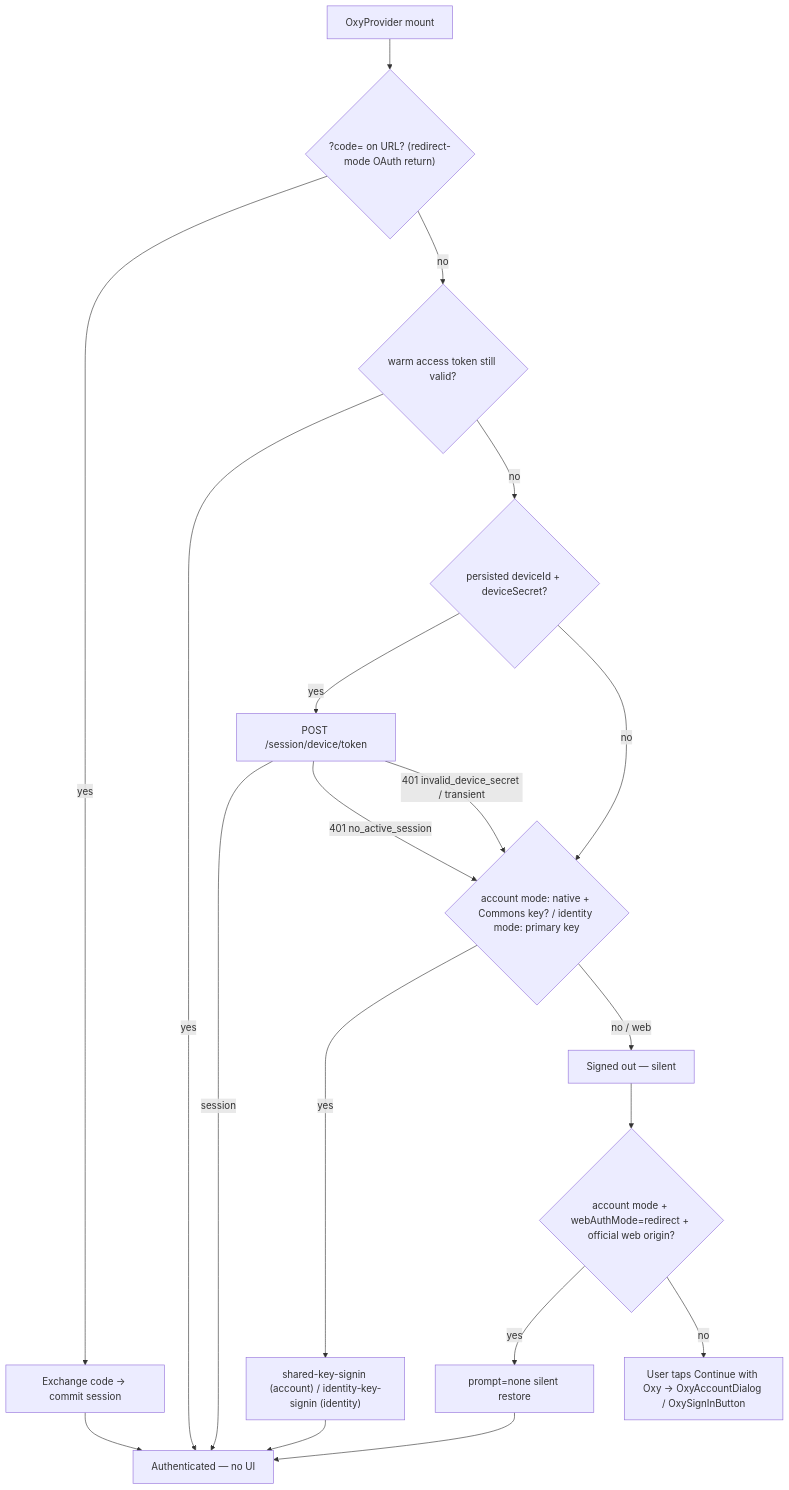
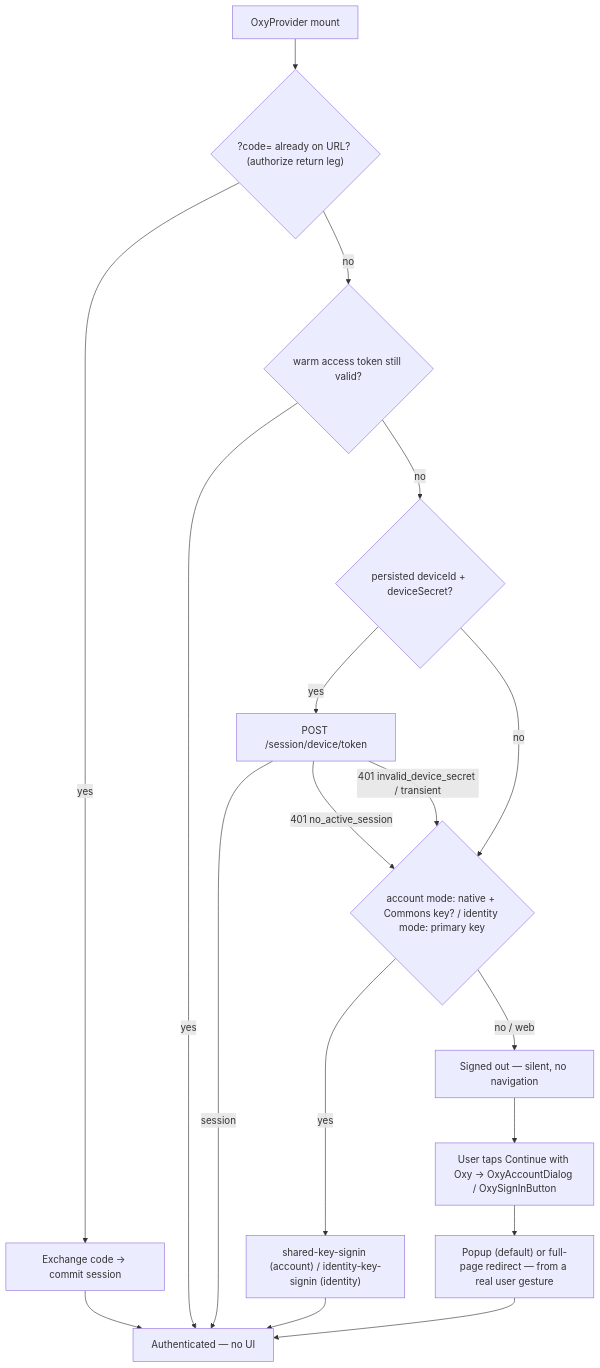
The first of 2 diagrams in docs/SESSION-ARCHITECTURE.md (OxyHQ/OxyHQServices), drawn with Mermaid before and after one commit. The commit also changed other lines of this file and 46 other files, not shown here.

````diff
--- a/docs/SESSION-ARCHITECTURE.md
+++ b/docs/SESSION-ARCHITECTURE.md
@@ -172,19 +184,19 @@
 ```mermaid
 flowchart TD
-  Mount["OxyProvider mount"] --> Return{"?code= on URL? (redirect-mode OAuth return)"}
+  Mount["OxyProvider mount"] --> Return{"?code= already on URL? (authorize return leg)"}
   Return -->|yes| Exchange["Exchange code -> commit session"] --> In["Authenticated — no UI"]
   Return -->|no| Warm{"warm access token still valid?"}
   Warm -->|yes| In
   Warm -->|no| Secret{"persisted deviceId + deviceSecret?"}
   Secret -->|yes| Mint["POST /session/device/token"]
   Mint -->|session| In
   Mint -->|"401 no_active_session"| Native
   Mint -->|"401 invalid_device_secret / transient"| Native
   Secret -->|no| Native{"account mode: native + Commons key? / identity mode: primary key"}
   Native -->|yes| Shared["shared-key-signin (account) / identity-key-signin (identity)"]
   Shared --> In
-  Native -->|"no / web"| Out["Signed out — silent"]
-  Out --> Popup{"account mode + webAuthMode=redirect + official web origin?"}
-  Popup -->|yes| Silent["prompt=none silent restore"] --> In
-  Popup -->|no| Btn["User taps Continue with Oxy -> OxyAccountDialog / OxySignInButton"]
+  Native -->|"no / web"| Out["Signed out — silent, no navigation"]
+  Out --> Btn["User taps Continue with Oxy -> OxyAccountDialog / OxySignInButton"]
+  Btn --> Gesture["Popup (default) or full-page redirect — from a real user gesture"]
+  Gesture --> In
 ```
````
